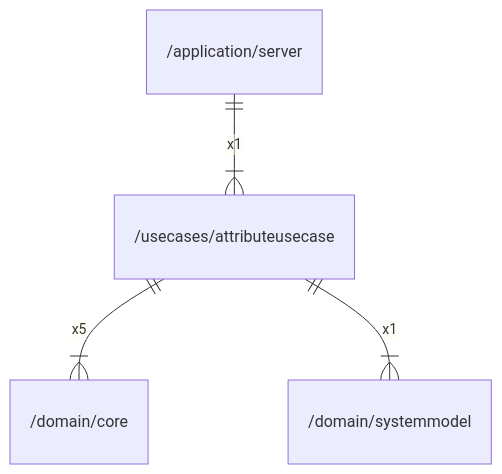
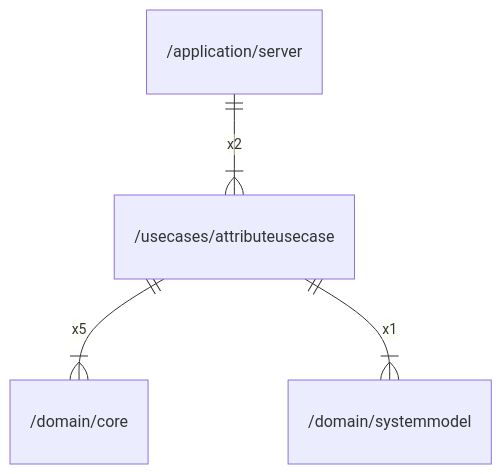
Before and after one commit to gbh007/hgraber-next: the diagram in docs/arch/usecases/attributeusecase.md, drawn with Mermaid. The commit also changed other lines of this file and 52 other files, not shown here.

````diff
--- a/docs/arch/usecases/attributeusecase.md
+++ b/docs/arch/usecases/attributeusecase.md
@@ -26,6 +26,6 @@
 ```mermaid
 erDiagram
-    "/application/server" ||--|{ "/usecases/attributeusecase" : x1
+    "/application/server" ||--|{ "/usecases/attributeusecase" : x2
     "/usecases/attributeusecase" ||--|{ "/domain/core" : x5
     "/usecases/attributeusecase" ||--|{ "/domain/systemmodel" : x1
 ```
````
